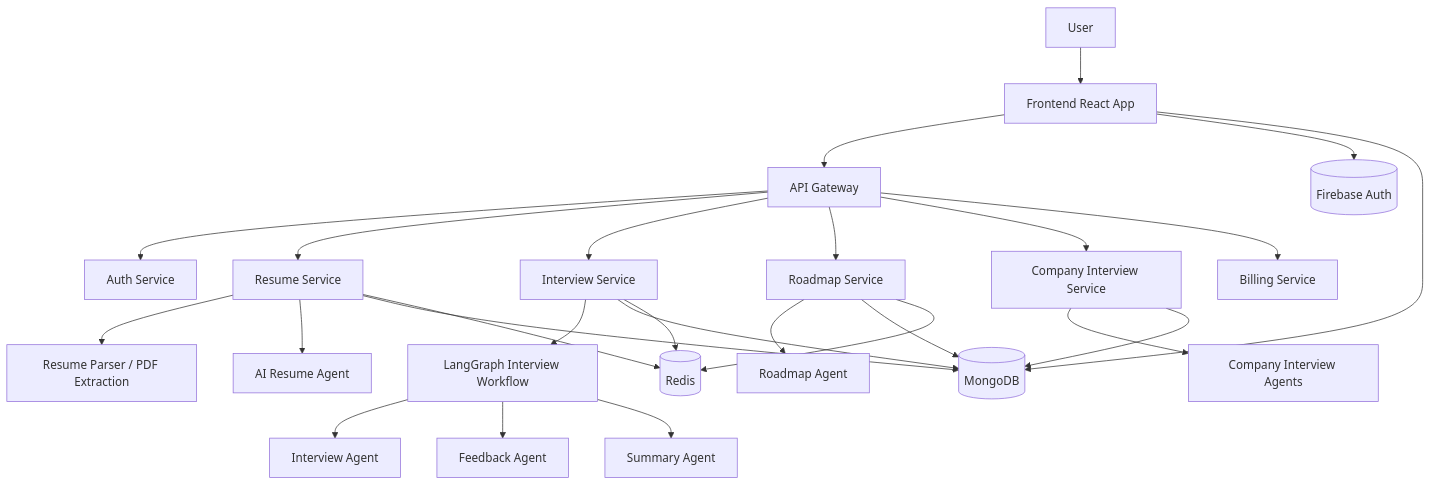
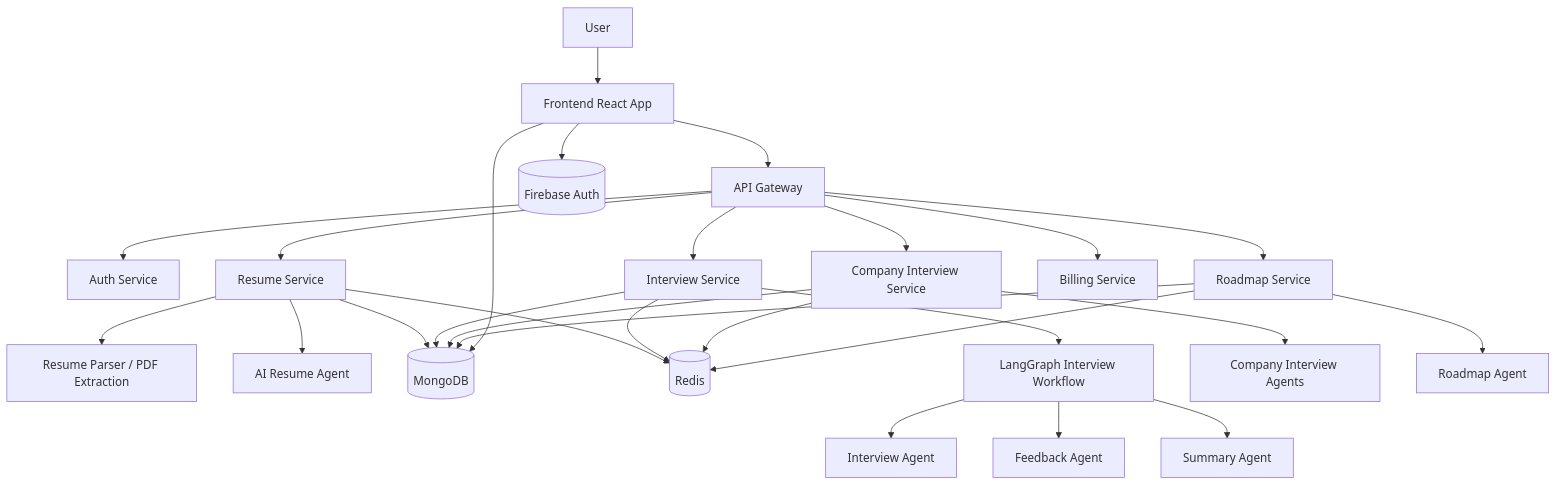
One commit to Tushar-Sharma-hub/PathGenie changed the first of 2 diagrams in README.md. Above: the diagram before and after it, drawn with Mermaid. The commit also changed other lines of this file, not shown here.

````diff
--- a/README.md
+++ b/README.md
@@ -127,33 +131,34 @@
 ```mermaid
 flowchart TD
     A[User] --> B[Frontend React App]
     B --> C[API Gateway]
     C --> D[Auth Service]
     C --> E[Resume Service]
     C --> F[Interview Service]
     C --> G[Roadmap Service]
     C --> H[Company Interview Service]
     C --> I[Billing Service]
 
     E --> J[Resume Parser / PDF Extraction]
     E --> K[AI Resume Agent]
     E --> L[(MongoDB)]
     E --> M[(Redis)]
 
     F --> N[LangGraph Interview Workflow]
     N --> O[Interview Agent]
     N --> P[Feedback Agent]
     N --> Q[Summary Agent]
     F --> L
     F --> M
 
     H --> S[Company Interview Agents]
     H --> L
+    H --> M
 
     G --> R[Roadmap Agent]
     G --> L
     G --> M
 
     B --> T[(Firebase Auth)]
     B --> L
 ```
````
